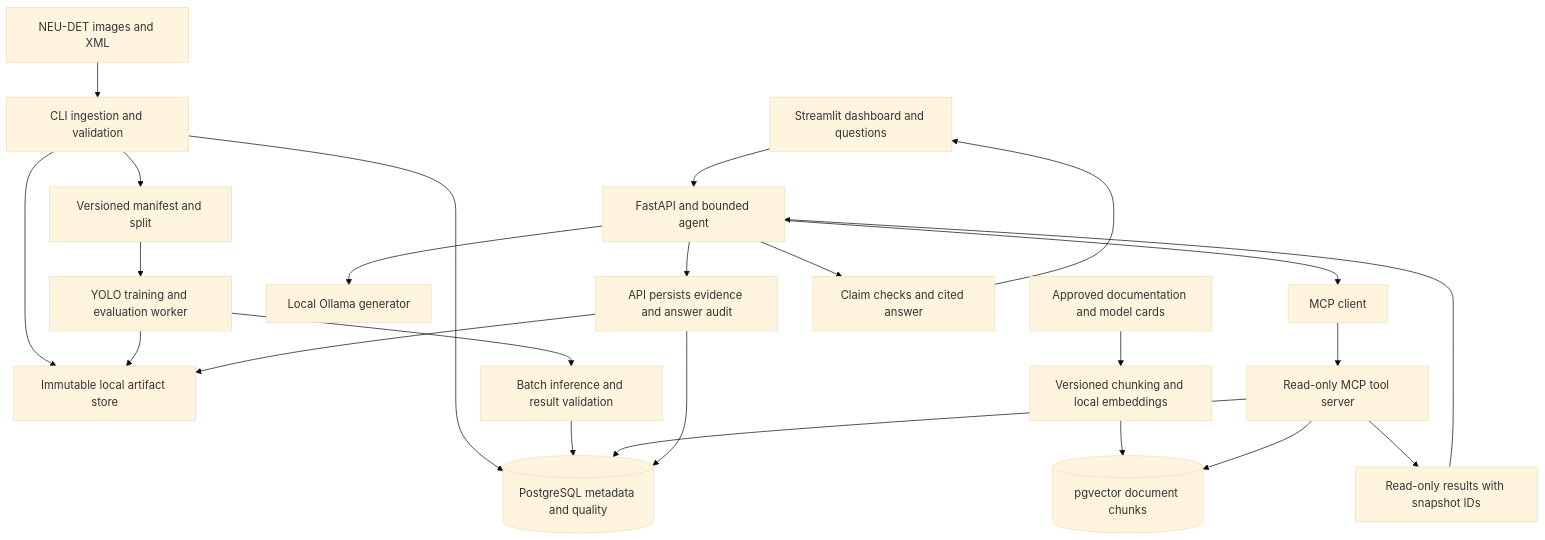
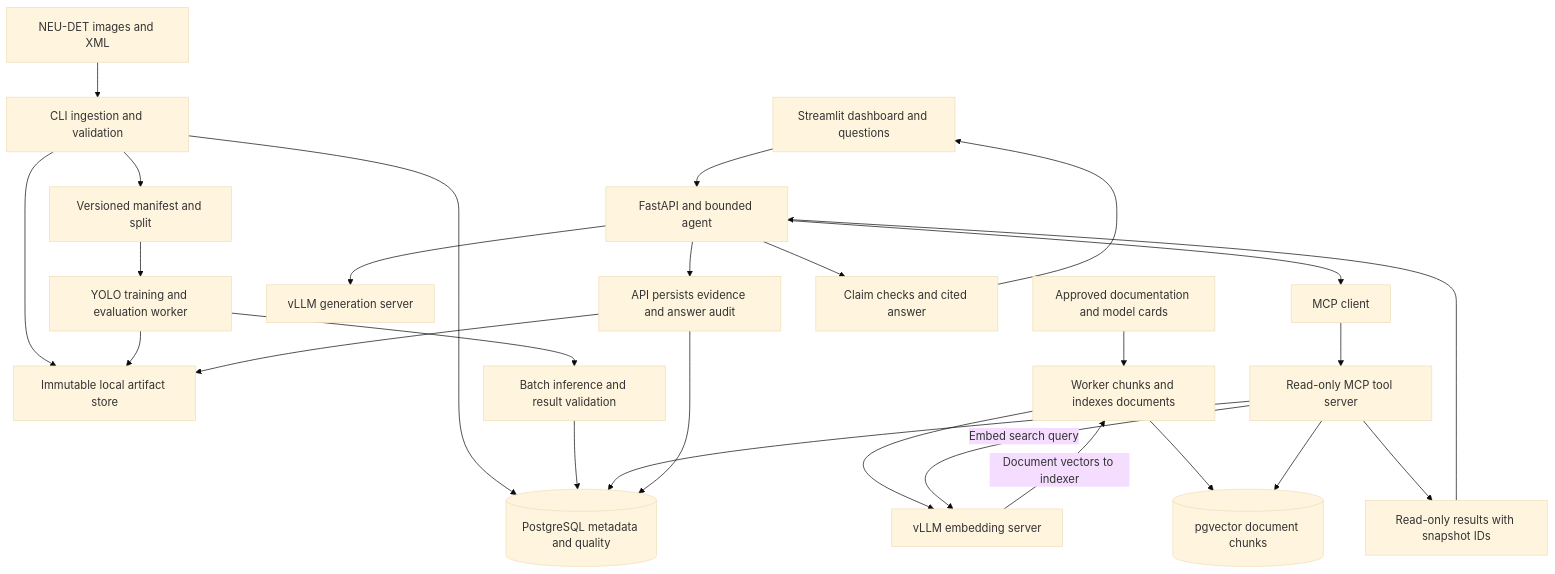
The diagram in docs/design/architecture.md (morshedalamdev/visionq), drawn with Mermaid (base theme) before and after one commit. The commit also changed other lines of this file and 14 other files, not shown here.

First line of the commit message:
docs(architecture): define Azure deployment and vLLM runtime

````diff
--- a/docs/design/architecture.md
+++ b/docs/design/architecture.md
@@ -9,26 +9,29 @@
 ```mermaid
 flowchart TD
     A[NEU-DET images and XML] --> B[CLI ingestion and validation]
     B --> C[Immutable local artifact store]
     B --> D[(PostgreSQL metadata and quality)]
     B --> E[Versioned manifest and split]
     E --> F[YOLO training and evaluation worker]
     F --> C
     F --> G[Batch inference and result validation]
     G --> D
-    H[Approved documentation and model cards] --> I[Versioned chunking and local embeddings]
+    H[Approved documentation and model cards] --> I[Worker chunks and indexes documents]
+    I --> V[vLLM embedding server]
+    V -->|Document vectors to indexer| I
     I --> J[(pgvector document chunks)]
     K[Streamlit dashboard and questions] --> L[FastAPI and bounded agent]
-    L --> M[Local Ollama generator]
+    L --> M[vLLM generation server]
     L --> N[MCP client]
     N --> O[Read-only MCP tool server]
     O --> D
+    O -->|Embed search query| V
     O --> J
     O --> P[Read-only results with snapshot IDs]
     P --> L
     L --> R[API persists evidence and answer audit]
     R --> C
     R --> D
     L --> Q[Claim checks and cited answer]
     Q --> K
 ```
````
